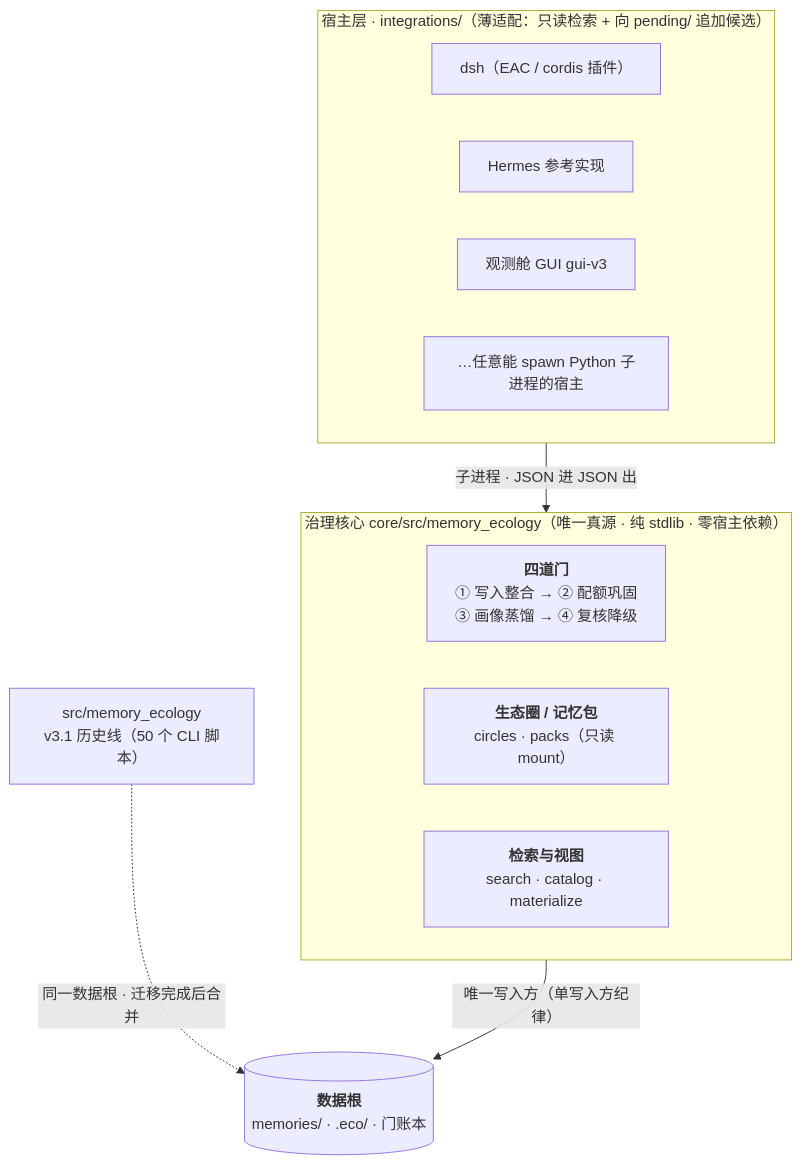
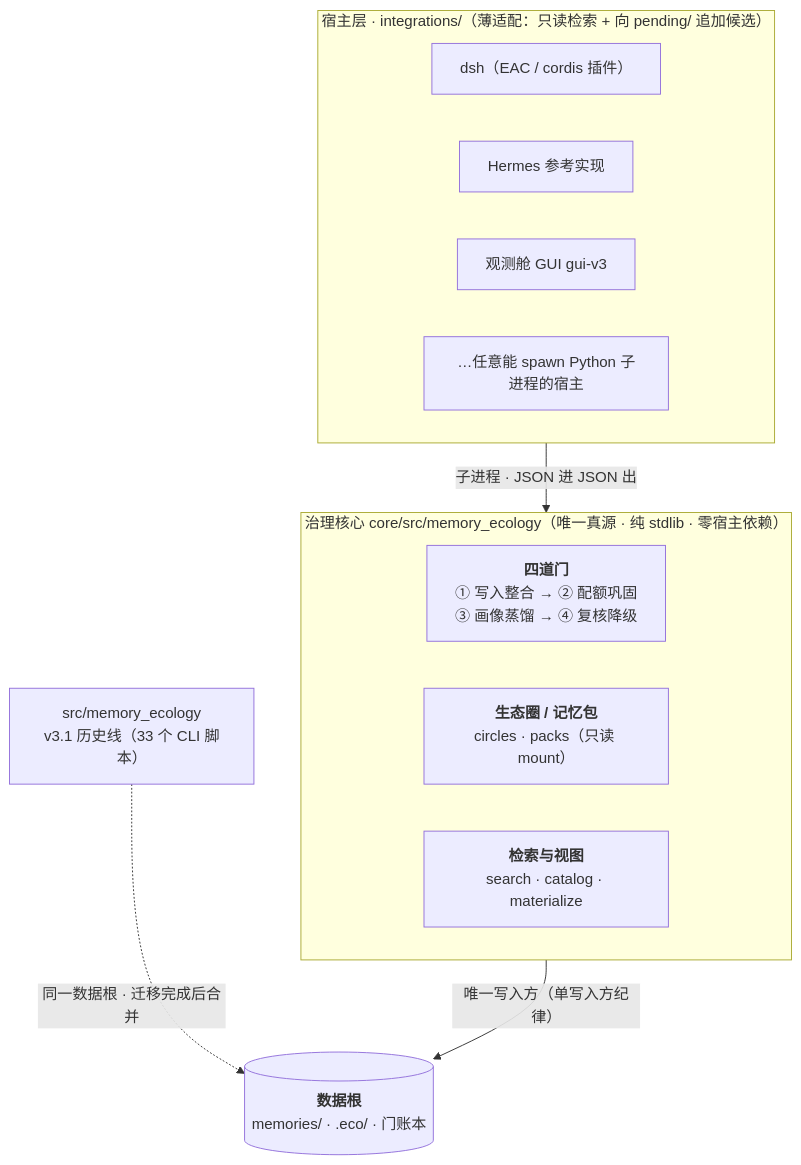
Before and after one commit to Wind-Leaves-Echo-Guqin/dsh-memory-ecology: the diagram in README.md, drawn with Mermaid. The commit also changed other lines of this file and 2 other files, not shown here.

````diff
--- a/README.md
+++ b/README.md
@@ -93,24 +93,24 @@
 ```mermaid
 flowchart TB
     subgraph HOST ["宿主层 · integrations/（薄适配：只读检索 + 向 pending/ 追加候选）"]
         direction LR
         H1["dsh（EAC / cordis 插件）"]
         H2["Hermes 参考实现"]
         H3["观测舱 GUI gui-v3"]
         H4["…任意能 spawn Python 子进程的宿主"]
     end
 
     subgraph CORE ["治理核心 core/src/memory_ecology（唯一真源 · 纯 stdlib · 零宿主依赖）"]
         direction LR
         G["<b>四道门</b><br/>① 写入整合 → ② 配额巩固<br/>③ 画像蒸馏 → ④ 复核降级"]
         P["<b>生态圈 / 记忆包</b><br/>circles · packs（只读 mount）"]
         Q["<b>检索与视图</b><br/>search · catalog · materialize"]
     end
 
     R[("<b>数据根</b><br/>memories/ · .eco/ · 门账本")]
-    LEG["src/memory_ecology<br/>v3.1 历史线（50 个 CLI 脚本）"]
+    LEG["src/memory_ecology<br/>v3.1 历史线（33 个 CLI 脚本）"]
 
     HOST -->|"子进程 · JSON 进 JSON 出"| CORE
     CORE -->|"唯一写入方（单写入方纪律）"| R
     LEG -.->|"同一数据根 · 迁移完成后合并"| R
 ```
````
